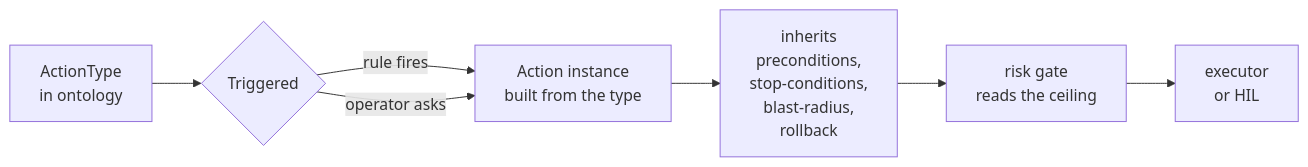
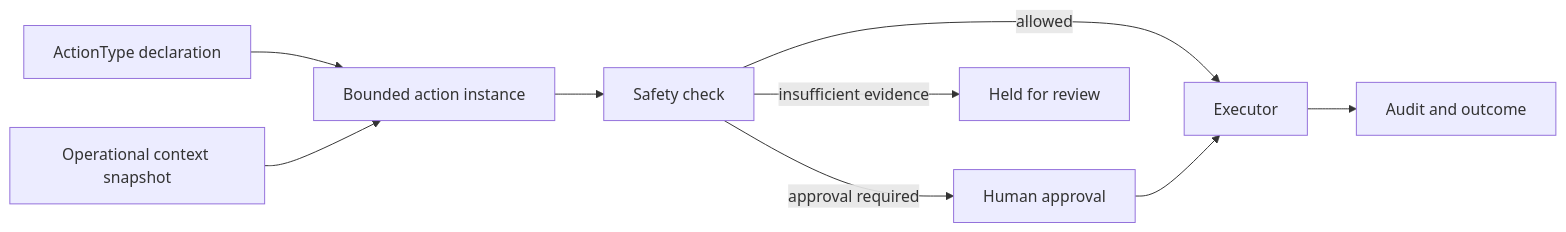
One commit to dotnetpower/fdai changed the second of 2 diagrams in docs/user-guide/concepts/ontology-driven-automation.md. Above: the diagram before and after it, drawn with Mermaid. The commit also changed other lines of this file and 1 other file, not shown here.

Commit message:
docs(user-guide): update ontology automation guide

````diff
--- a/docs/user-guide/concepts/ontology-driven-automation.md
+++ b/docs/user-guide/concepts/ontology-driven-automation.md
@@ -87,9 +129,11 @@
 ```mermaid
 flowchart LR
-  T[ActionType<br/>in ontology] --> M{Triggered}
-  M -->|rule fires| I[Action instance<br/>built from the type]
-  M -->|operator asks| I
-  I --> C[inherits<br/>preconditions,<br/>stop-conditions,<br/>blast-radius,<br/>rollback]
-  C --> G[risk gate<br/>reads the ceiling]
-  G --> X[executor<br/>or HIL]
+  T[ActionType declaration] --> I[Bounded action instance]
+  C[Operational context snapshot] --> I
+  I --> G[Safety check]
+  G -->|allowed| X[Executor]
+  G -->|approval required| H[Human approval]
+  G -->|insufficient evidence| R[Held for review]
+  X --> A[Audit and outcome]
+  H --> X
 ```
````
